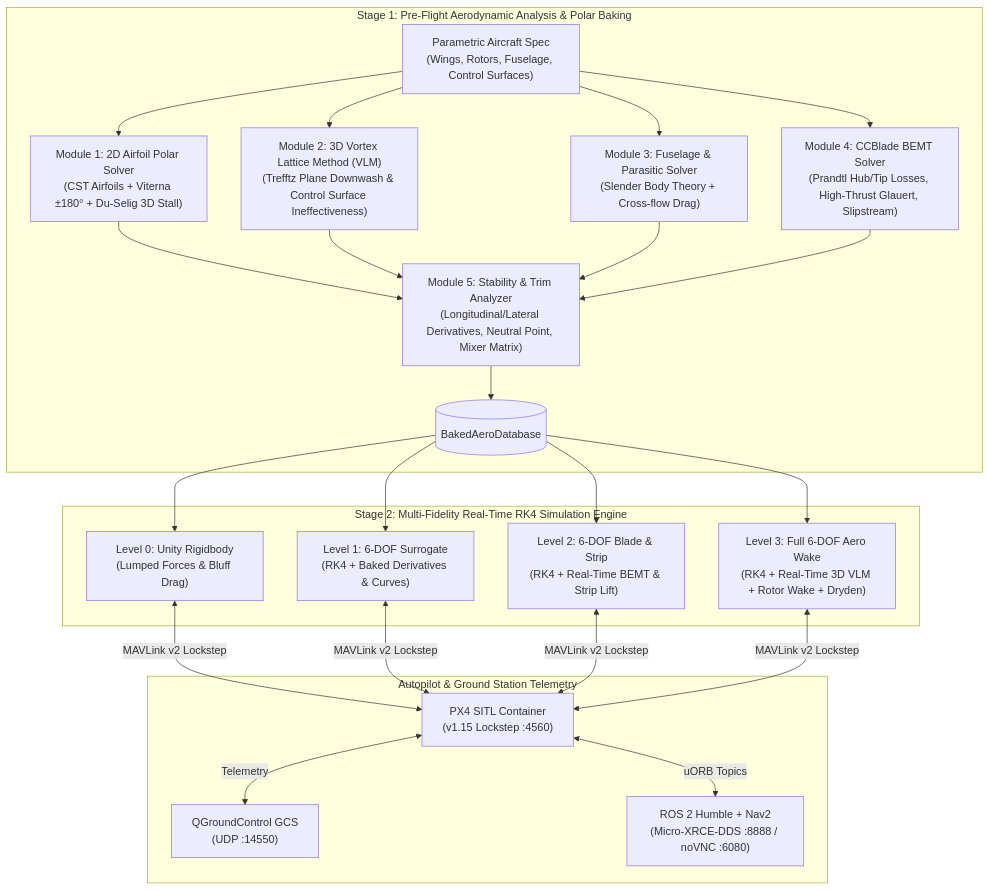
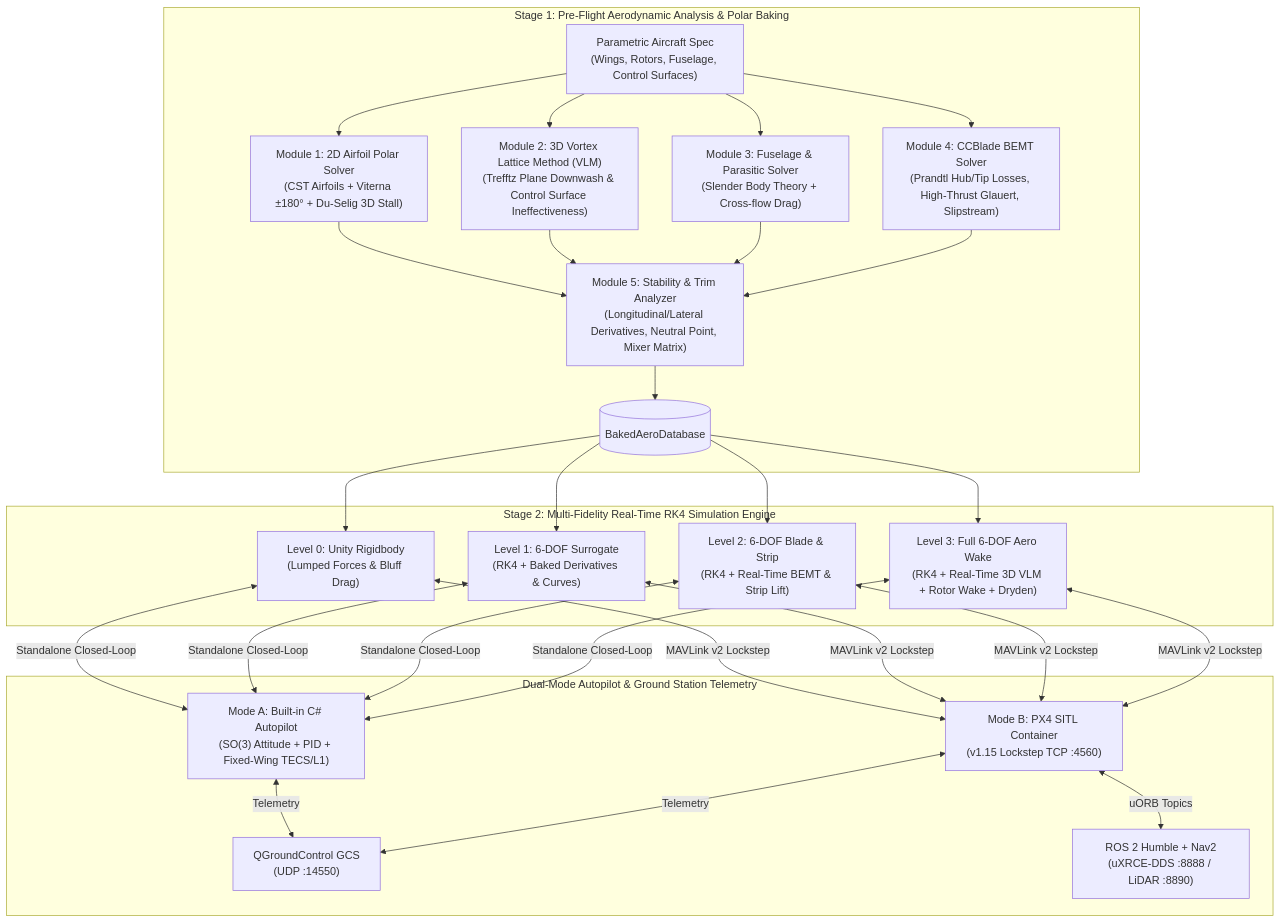
The diagram in README.md (jyhuh/Unity-FlightDynamics-6DoF), drawn with Mermaid before and after one commit. The commit also changed other lines of this file and 24 other files, not shown here.

````diff
--- a/README.md
+++ b/README.md
@@ -50,30 +63,32 @@
 ```mermaid
 flowchart TD
     subgraph Stage1["Stage 1: Pre-Flight Aerodynamic Analysis & Polar Baking"]
         A1["Parametric Aircraft Spec<br/>(Wings, Rotors, Fuselage, Control Surfaces)"]
         M1["Module 1: 2D Airfoil Polar Solver<br/>(CST Airfoils + Viterna ±180° + Du-Selig 3D Stall)"]
         M2["Module 2: 3D Vortex Lattice Method (VLM)<br/>(Trefftz Plane Downwash & Control Surface Ineffectiveness)"]
         M3["Module 3: Fuselage & Parasitic Solver<br/>(Slender Body Theory + Cross-flow Drag)"]
         M4["Module 4: CCBlade BEMT Solver<br/>(Prandtl Hub/Tip Losses, High-Thrust Glauert, Slipstream)"]
         M5["Module 5: Stability & Trim Analyzer<br/>(Longitudinal/Lateral Derivatives, Neutral Point, Mixer Matrix)"]
         DB[("BakedAeroDatabase")]
         A1 --> M1 & M2 & M3 & M4 --> M5 --> DB
     end
 
     subgraph Stage2["Stage 2: Multi-Fidelity Real-Time RK4 Simulation Engine"]
         L0["Level 0: Unity Rigidbody<br/>(Lumped Forces & Bluff Drag)"]
         L1["Level 1: 6-DOF Surrogate<br/>(RK4 + Baked Derivatives & Curves)"]
         L2["Level 2: 6-DOF Blade & Strip<br/>(RK4 + Real-Time BEMT & Strip Lift)"]
         L3["Level 3: Full 6-DOF Aero Wake<br/>(RK4 + Real-Time 3D VLM + Rotor Wake + Dryden)"]
         DB --> L0 & L1 & L2 & L3
     end
 
-    subgraph HardwareLoop["Autopilot & Ground Station Telemetry"]
-        PX4["PX4 SITL Container<br/>(v1.15 Lockstep :4560)"]
+    subgraph ControlAndLoop["Dual-Mode Autopilot & Ground Station Telemetry"]
+        GNC["Mode A: Built-in C# Autopilot<br/>(SO(3) Attitude + PID + Fixed-Wing TECS/L1)"]
+        PX4["Mode B: PX4 SITL Container<br/>(v1.15 Lockstep TCP :4560)"]
         QGC["QGroundControl GCS<br/>(UDP :14550)"]
-        ROS2["ROS 2 Humble + Nav2<br/>(Micro-XRCE-DDS :8888 / noVNC :6080)"]
+        ROS2["ROS 2 Humble + Nav2<br/>(uXRCE-DDS :8888 / LiDAR :8890)"]
+        L0 & L1 & L2 & L3 <-->|"Standalone Closed-Loop"| GNC
         L0 & L1 & L2 & L3 <-->|"MAVLink v2 Lockstep"| PX4
-        PX4 <-->|"Telemetry"| QGC
+        GNC & PX4 <-->|"Telemetry"| QGC
         PX4 <-->|"uORB Topics"| ROS2
     end
 ```
````
